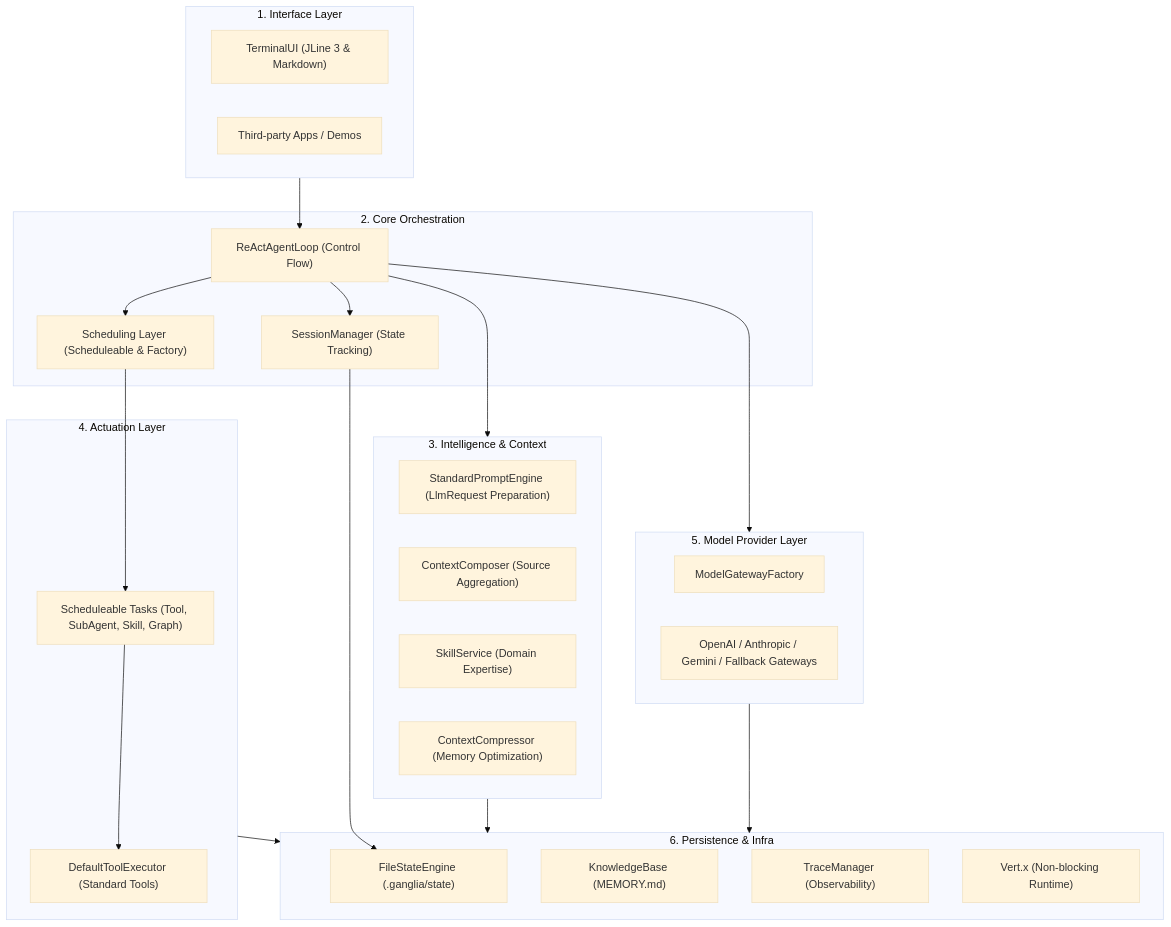
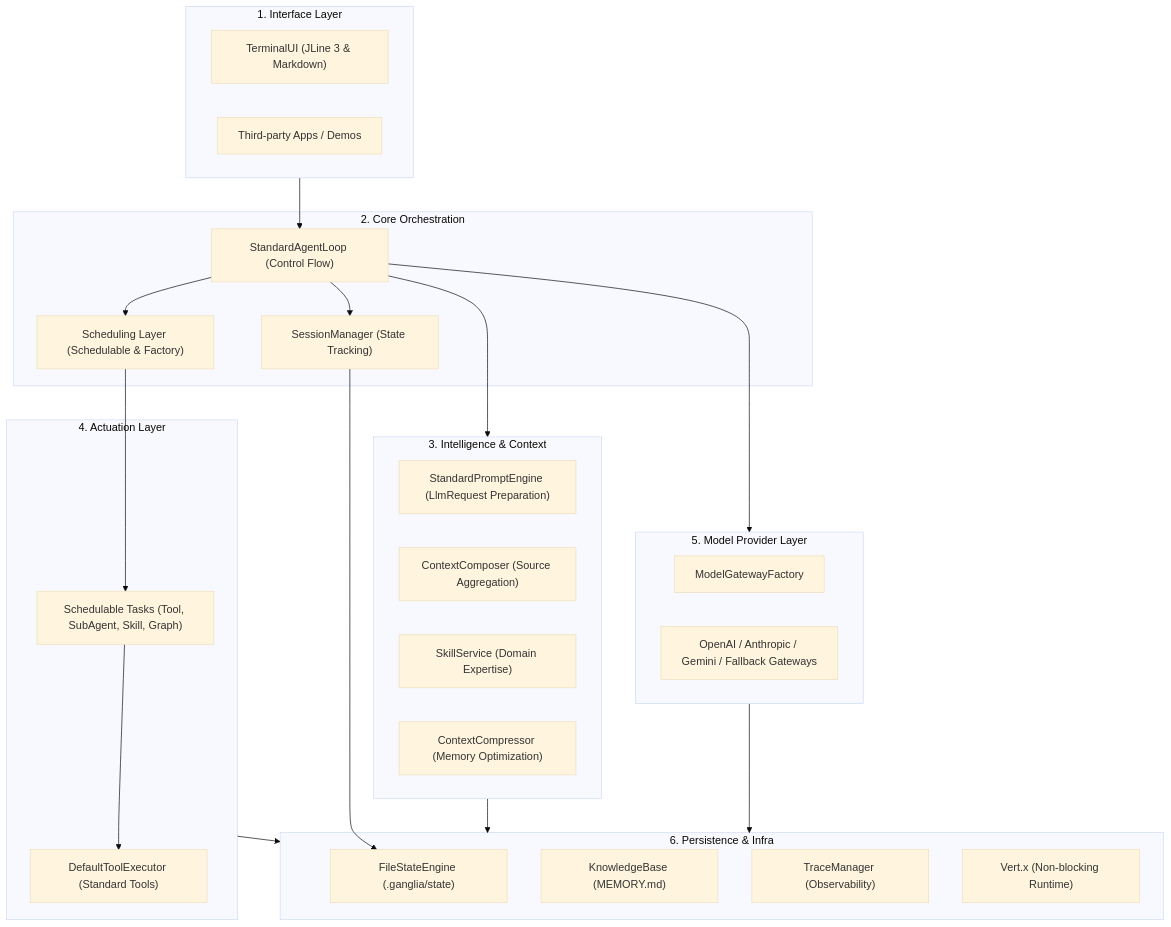
Before and after one commit to stream-iori/ganglia: the first of 2 diagrams in docs/ARCHITECTURE.md, drawn with Mermaid (base theme). The commit also changed other lines of this file and 38 other files, not shown here.

Commit message:
refactor(core): rename ReActAgentLoop to StandardAgentLoop and fix Schedulable typo

````diff
--- a/docs/ARCHITECTURE.md
+++ b/docs/ARCHITECTURE.md
@@ -37,49 +37,49 @@
 ```mermaid
 graph TD
     subgraph UI ["1. Interface Layer"]
         TUI["TerminalUI (JLine 3 & Markdown)"]
         App["Third-party Apps / Demos"]
     end
 
     subgraph Core ["2. Core Orchestration"]
-        Loop["ReActAgentLoop (Control Flow)"]
-        Sched["Scheduling Layer (Scheduleable & Factory)"]
+        Loop["StandardAgentLoop (Control Flow)"]
+        Sched["Scheduling Layer (Schedulable & Factory)"]
         Session["SessionManager (State Tracking)"]
     end
 
     subgraph Intel ["3. Intelligence & Context"]
         Prompt["StandardPromptEngine (LlmRequest Preparation)"]
         Context["ContextComposer (Source Aggregation)"]
         Skills["SkillService (Domain Expertise)"]
         Mem["ContextCompressor (Memory Optimization)"]
     end
 
     subgraph Action ["4. Actuation Layer"]
-        Tasks["Scheduleable Tasks (Tool, SubAgent, Skill, Graph)"]
+        Tasks["Schedulable Tasks (Tool, SubAgent, Skill, Graph)"]
         Executor["DefaultToolExecutor (Standard Tools)"]
     end
 
     subgraph Gateway ["5. Model Provider Layer"]
         Factory["ModelGatewayFactory"]
         Providers["OpenAI / Anthropic / Gemini / Fallback Gateways"]
     end
 
     subgraph Data ["6. Persistence & Infra"]
         State["FileStateEngine (.ganglia/state)"]
         KB["KnowledgeBase (MEMORY.md)"]
         Trace["TraceManager (Observability)"]
         Vertx["Vert.x (Non-blocking Runtime)"]
     end
 
     UI --> Loop
     Loop --> Sched
     Sched --> Tasks
     Tasks --> Executor
     Loop --> Session
     Loop --> Intel
     Intel --> Data
     Action --> Data
     Loop --> Gateway
     Gateway --> Data
     Session --> State
 ```
````
